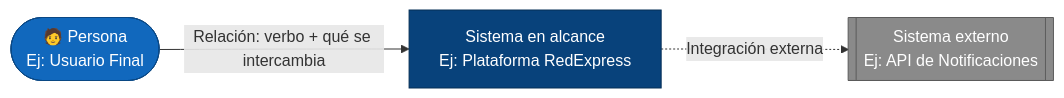
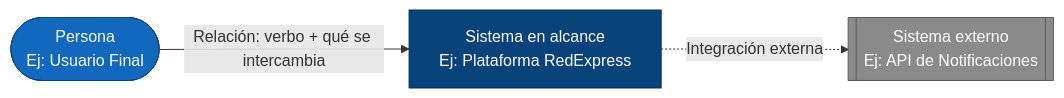
The first of 11 diagrams in clase/guia_paso_a_paso_c4.md (CesarAVegaF312/AREM-Taller_3_Arquitectura_C4), drawn with Mermaid before and after one commit. The commit also changed other lines of this file and 4 other files, not shown here.

````diff
--- a/clase/guia_paso_a_paso_c4.md
+++ b/clase/guia_paso_a_paso_c4.md
@@ -20,16 +20,16 @@
 ```mermaid
 flowchart LR
-    p(["🧑 Persona<br/>Ej: Usuario Final"])
+    p(["Persona<br/>Ej: Usuario Final"])
     s["Sistema en alcance<br/>Ej: Plataforma RedExpress"]
     e[["Sistema externo<br/>Ej: API de Notificaciones"]]
 
     p -->|"Relación: verbo + qué se intercambia"| s
     s -.->|"Integración externa"| e
 
     classDef person fill:#1168bd,color:#fff,stroke:#0b4884;
     classDef system fill:#08427b,color:#fff,stroke:#052e56;
     classDef external fill:#8a8a8a,color:#fff,stroke:#5c5c5c;
     class p person
     class s system
     class e external
 ```
````
